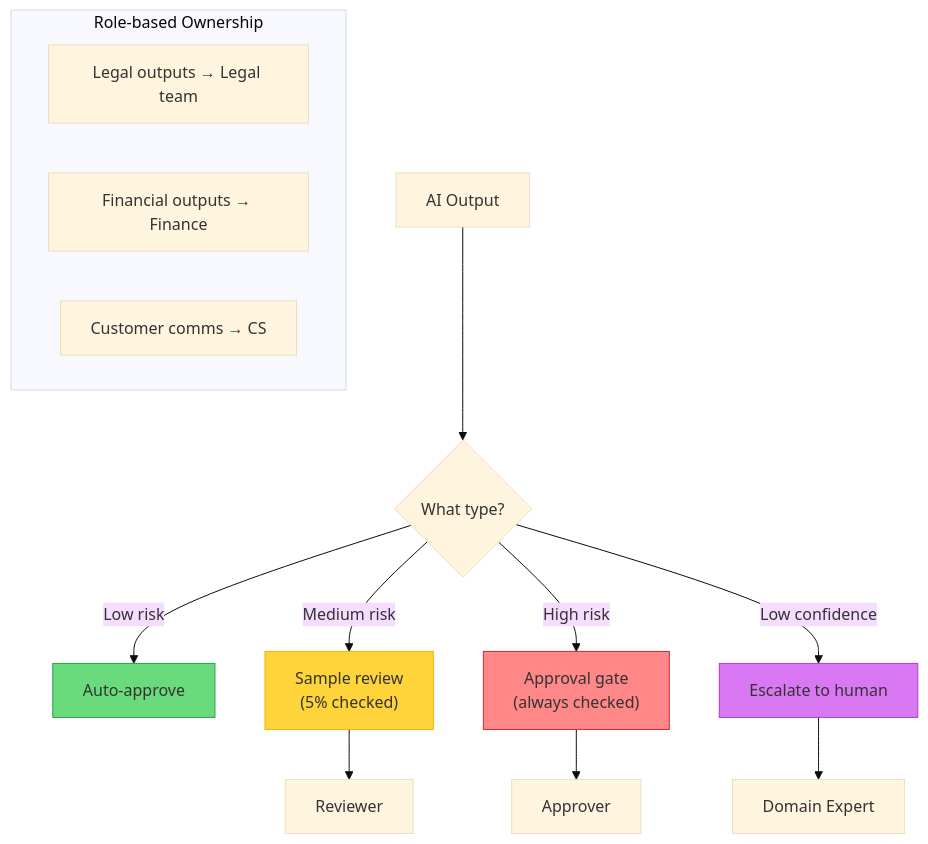
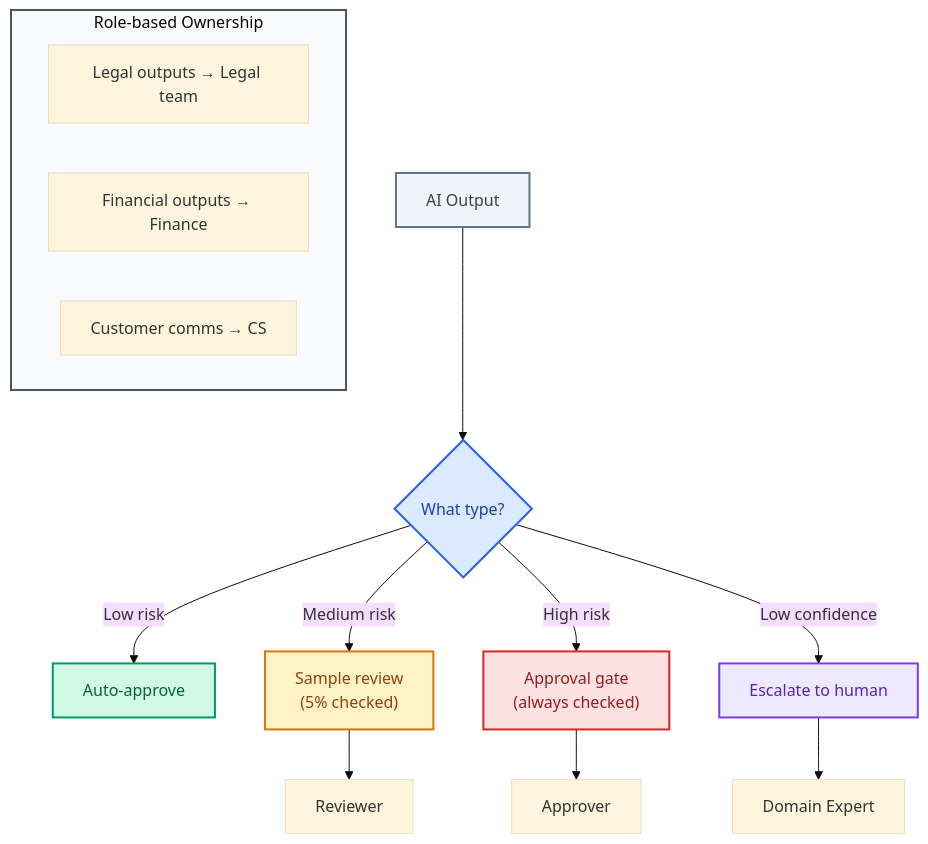
One commit to whoisrade/agentic-field-manual changed the diagram in 06-operations/human-in-the-loop.md. Above: the diagram before and after it, drawn with Mermaid (base theme). The commit also changed 18 other files, not shown here.

Commit message:
refine mermaid diagrams with enterprise color palette

````diff
--- a/06-operations/human-in-the-loop.md
+++ b/06-operations/human-in-the-loop.md
@@ -48,24 +48,27 @@
 ```mermaid
 flowchart TB
-    Output[AI Output] --> Check{What type?}
+    Output["AI Output"] --> Check{"What type?"}
     
-    Check -->|Low risk| Auto[Auto-approve]
-    Check -->|Medium risk| Sample["Sample review<br/>(5% checked)"]
-    Check -->|High risk| Gate["Approval gate<br/>(always checked)"]
-    Check -->|Low confidence| Escalate[Escalate to human]
+    Check -->|"Low risk"| Auto["Auto-approve"]
+    Check -->|"Medium risk"| Sample["Sample review<br/>(5% checked)"]
+    Check -->|"High risk"| Gate["Approval gate<br/>(always checked)"]
+    Check -->|"Low confidence"| Escalate["Escalate to human"]
     
-    Sample --> Reviewer[Reviewer]
-    Gate --> Approver[Approver]
-    Escalate --> Expert[Domain Expert]
+    Sample --> Reviewer["Reviewer"]
+    Gate --> Approver["Approver"]
+    Escalate --> Expert["Domain Expert"]
     
     subgraph Roles["Role-based Ownership"]
         R1["Legal outputs → Legal team"]
         R2["Financial outputs → Finance"]
         R3["Customer comms → CS"]
     end
     
-    style Auto fill:#69db7c,stroke:#2f9e44
-    style Sample fill:#ffd43b,stroke:#fab005
-    style Gate fill:#ff8787,stroke:#c92a2a
-    style Escalate fill:#da77f2,stroke:#ae3ec9
+    style Output fill:#f1f5f9,stroke:#64748b,stroke-width:2px,color:#334155
+    style Check fill:#dbeafe,stroke:#2563eb,stroke-width:2px,color:#1e40af
+    style Auto fill:#d1fae5,stroke:#059669,stroke-width:2px,color:#065f46
+    style Sample fill:#fef3c7,stroke:#d97706,stroke-width:2px,color:#92400e
+    style Gate fill:#fee2e2,stroke:#dc2626,stroke-width:2px,color:#991b1b
+    style Escalate fill:#ede9fe,stroke:#7c3aed,stroke-width:2px,color:#5b21b6
+    style Roles fill:#f8fafc,stroke:#475569,stroke-width:2px
 ```
````
